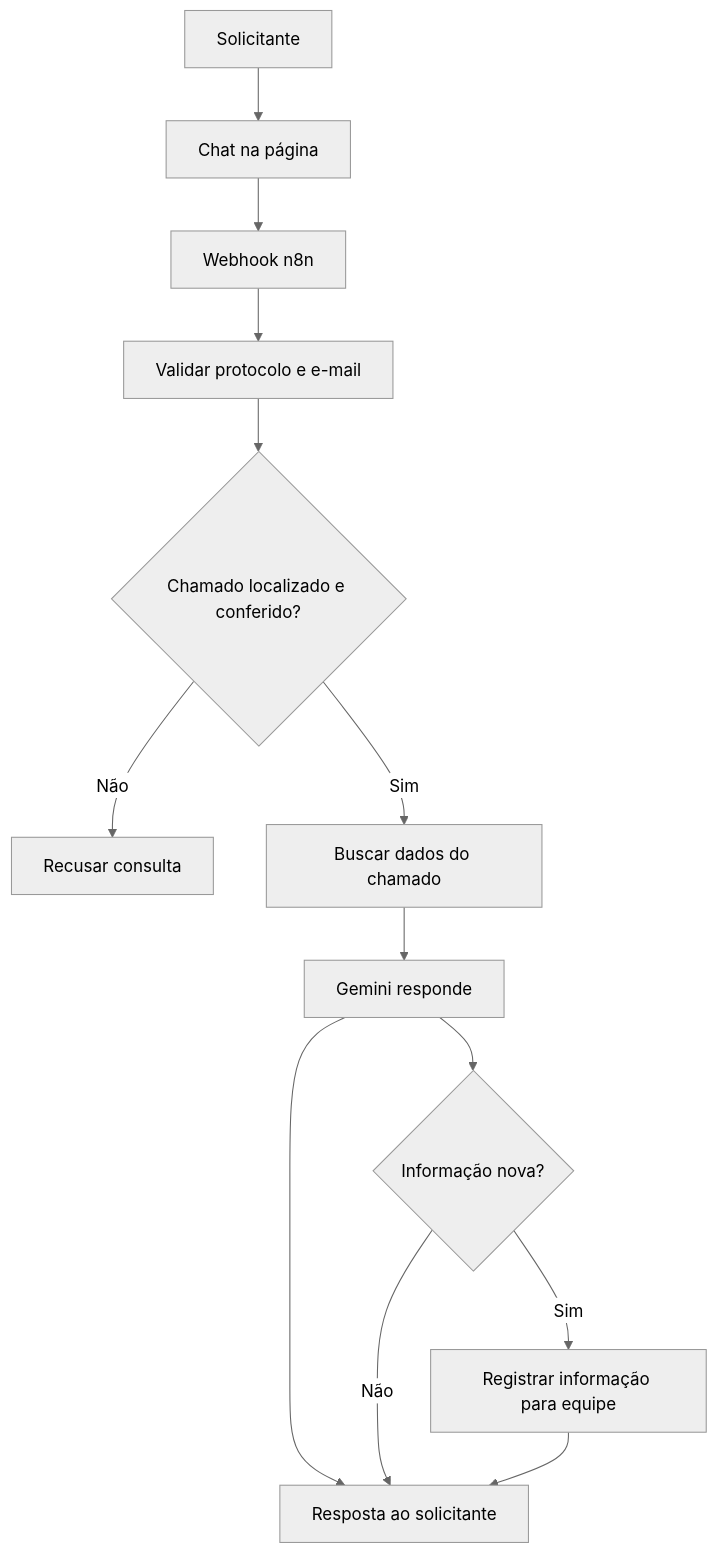
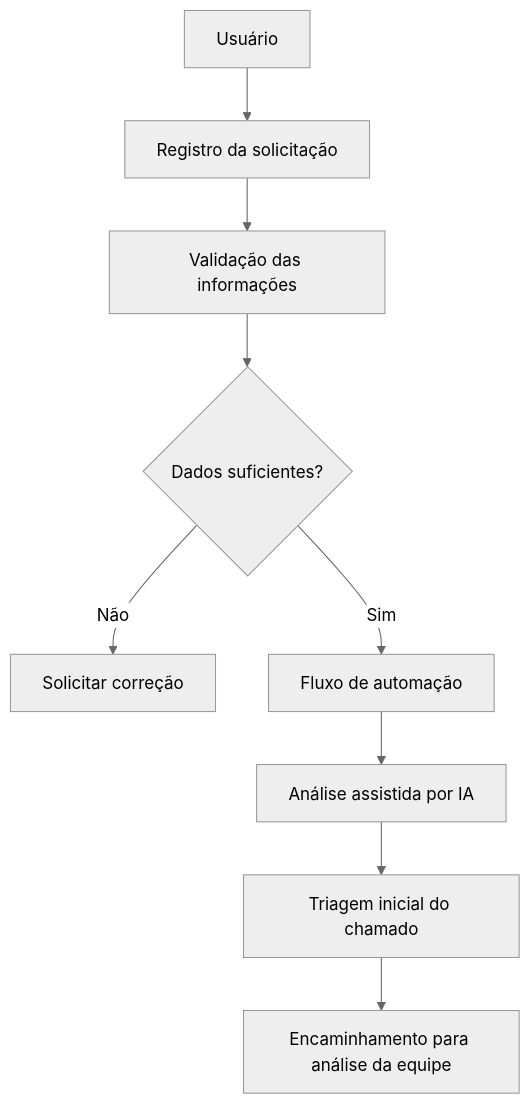
One commit to ZathanZ61/tendencias_Ciencia_da_Computacao changed the diagram in Unidade-III-Low-Code-No-Code/docs/03-integracao-e-arquitetura.md. Above: the diagram before and after it, drawn with Mermaid (neutral theme). The commit also changed other lines of this file, not shown here.

Commit message:
Reescreve arquitetura para representar o mini projeto inicial

```diff
--- a/Unidade-III-Low-Code-No-Code/docs/03-integracao-e-arquitetura.md
+++ b/Unidade-III-Low-Code-No-Code/docs/03-integracao-e-arquitetura.md
@@ -51,15 +17,11 @@
 ~~~mermaid
 flowchart TD
-    A[Solicitante] --> B[Chat na página]
-    B --> C[Webhook n8n]
-    C --> D[Validar protocolo e e-mail]
-    D --> E{Chamado localizado e conferido?}
-    E -->|Não| F[Recusar consulta]
-    E -->|Sim| G[Buscar dados do chamado]
-    G --> H[Gemini responde]
-    H --> I[Resposta ao solicitante]
-    H --> J{Informação nova?}
-    J -->|Sim| K[Registrar informação para equipe]
-    J -->|Não| I
-    K --> I
+    A[Usuário] --> B[Registro da solicitação]
+    B --> C[Validação das informações]
+    C --> D{Dados suficientes?}
+    D -->|Não| E[Solicitar correção]
+    D -->|Sim| F[Fluxo de automação]
+    F --> G[Análise assistida por IA]
+    G --> H[Triagem inicial do chamado]
+    H --> I[Encaminhamento para análise da equipe]
 ~~~
```
